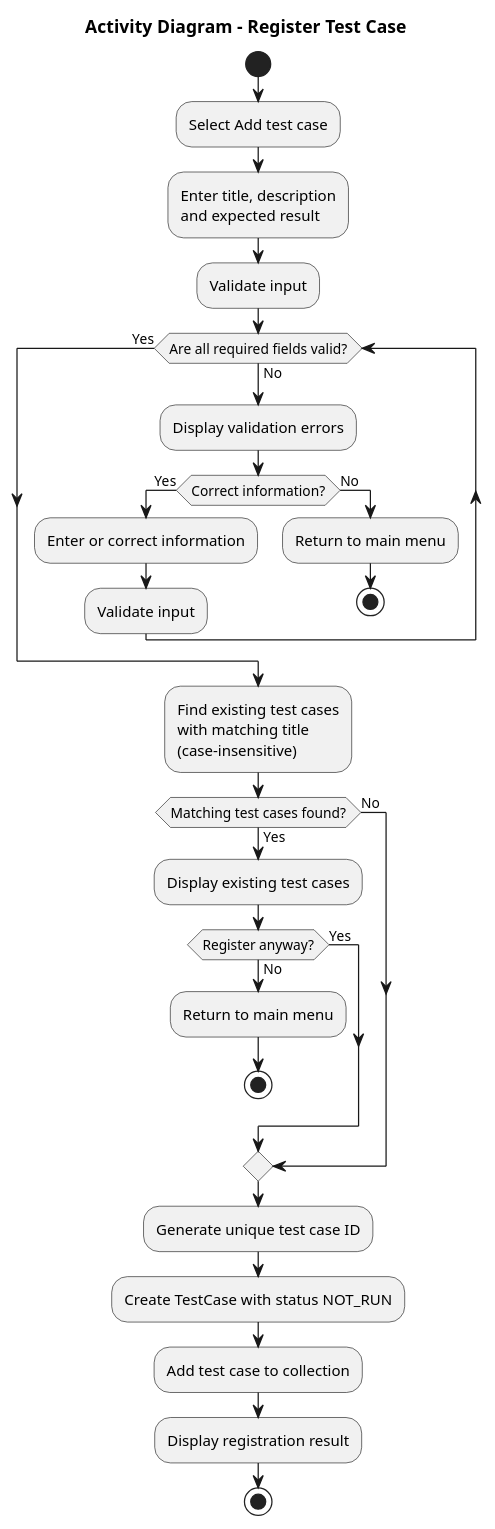
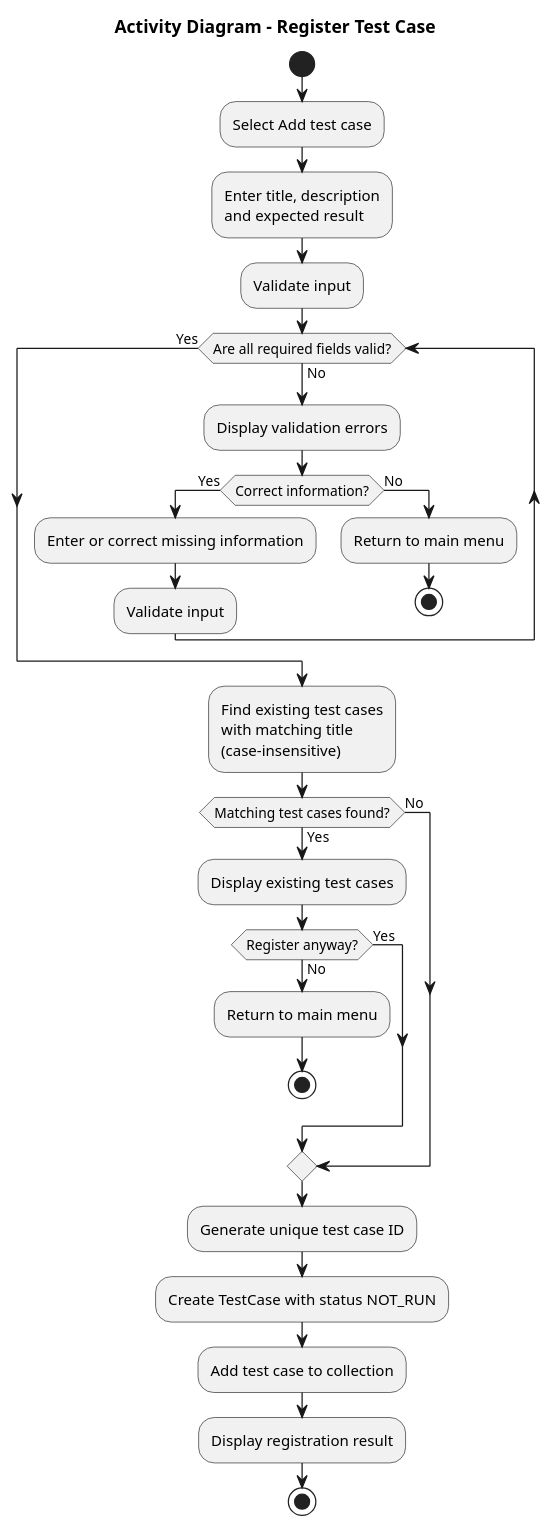
The diagram in test_case_register-app/tc_activity_diagram.puml (h-jungar/OOP), drawn with PlantUML before and after one commit. The commit also changed 10 other files, not shown here.

```diff
--- a/test_case_register-app/tc_activity_diagram.puml
+++ b/test_case_register-app/tc_activity_diagram.puml
@@ -1,46 +1,46 @@
 @startuml activity_register_test_case
 
 title Activity Diagram - Register Test Case
 
 start
 
 :Select Add test case;
 :Enter title, description\nand expected result;
 :Validate input;
 
 while (Are all required fields valid?) is (No)
 
     :Display validation errors;
 
     if (Correct information?) then (Yes)
-        :Enter or correct information;
+        :Enter or correct missing information;
         :Validate input;
     else (No)
         :Return to main menu;
         stop
     endif
 
 endwhile (Yes)
 
 :Find existing test cases\nwith matching title\n(case-insensitive);
 
 if (Matching test cases found?) then (Yes)
 
     :Display existing test cases;
 
     if (Register anyway?) then (Yes)
     else (No)
         :Return to main menu;
         stop
     endif
 else (No)
 endif
 
 :Generate unique test case ID;
 :Create TestCase with status NOT_RUN;
 :Add test case to collection;
 :Display registration result;
 
 stop
 
 @enduml
```
